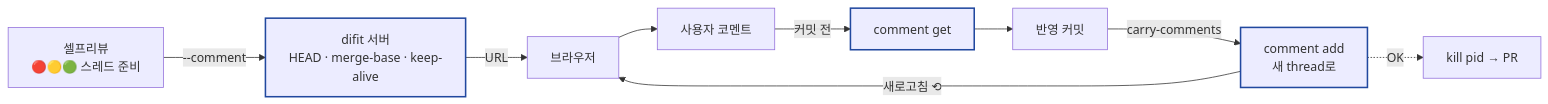
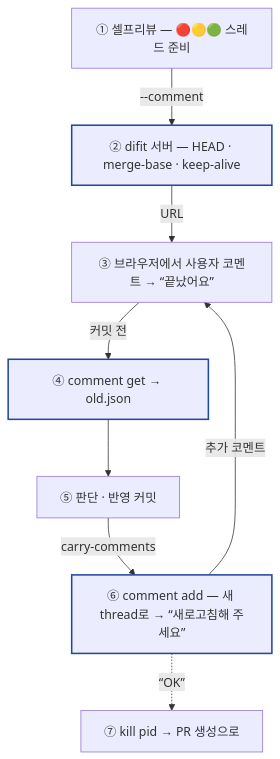
The diagram in README.md (socar-chel/difit-loop), drawn with Mermaid before and after one commit.

Commit message:
docs: 도식을 세로 배치로 — GitHub 렌더 폭 대응

````diff
--- a/README.md
+++ b/README.md
@@ -16,14 +16,13 @@
 ```mermaid
-flowchart LR
-  A["셀프리뷰<br/>🔴🟡🟢 스레드 준비"] -->|--comment| B["difit 서버<br/>HEAD · merge-base · keep-alive"]
-  B -->|URL| C["브라우저"]
-  C --> D["사용자 코멘트"]
-  D -->|커밋 전| E["comment get"]
-  E --> F["반영 커밋"]
-  F -->|carry-comments| G["comment add<br/>새 thread로"]
-  G -->|새로고침 ⟲| C
-  G -.->|OK| H["kill pid → PR"]
+flowchart TB
+  A["① 셀프리뷰 — 🔴🟡🟢 스레드 준비"] -->|--comment| B["② difit 서버 — HEAD · merge-base · keep-alive"]
+  B -->|URL| C["③ 브라우저에서 사용자 코멘트 → “끝났어요”"]
+  C -->|커밋 전| D["④ comment get → old.json"]
+  D --> E["⑤ 판단 · 반영 커밋"]
+  E -->|carry-comments| F["⑥ comment add — 새 thread로 → “새로고침해 주세요”"]
+  F -->|추가 코멘트| C
+  F -.->|“OK”| G["⑦ kill pid → PR 생성으로"]
   style B stroke:#21489f,stroke-width:2px
-  style E stroke:#21489f,stroke-width:2px
-  style G stroke:#21489f,stroke-width:2px
+  style D stroke:#21489f,stroke-width:2px
+  style F stroke:#21489f,stroke-width:2px
 ```
````
